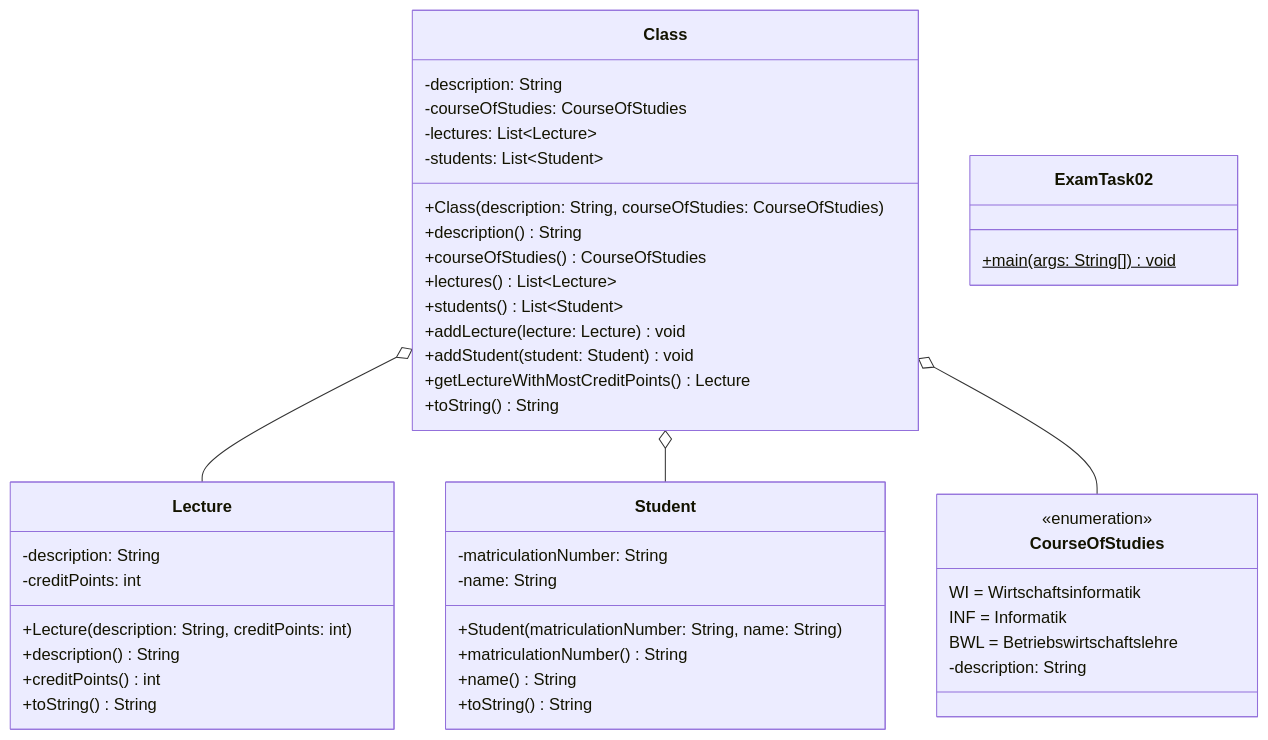
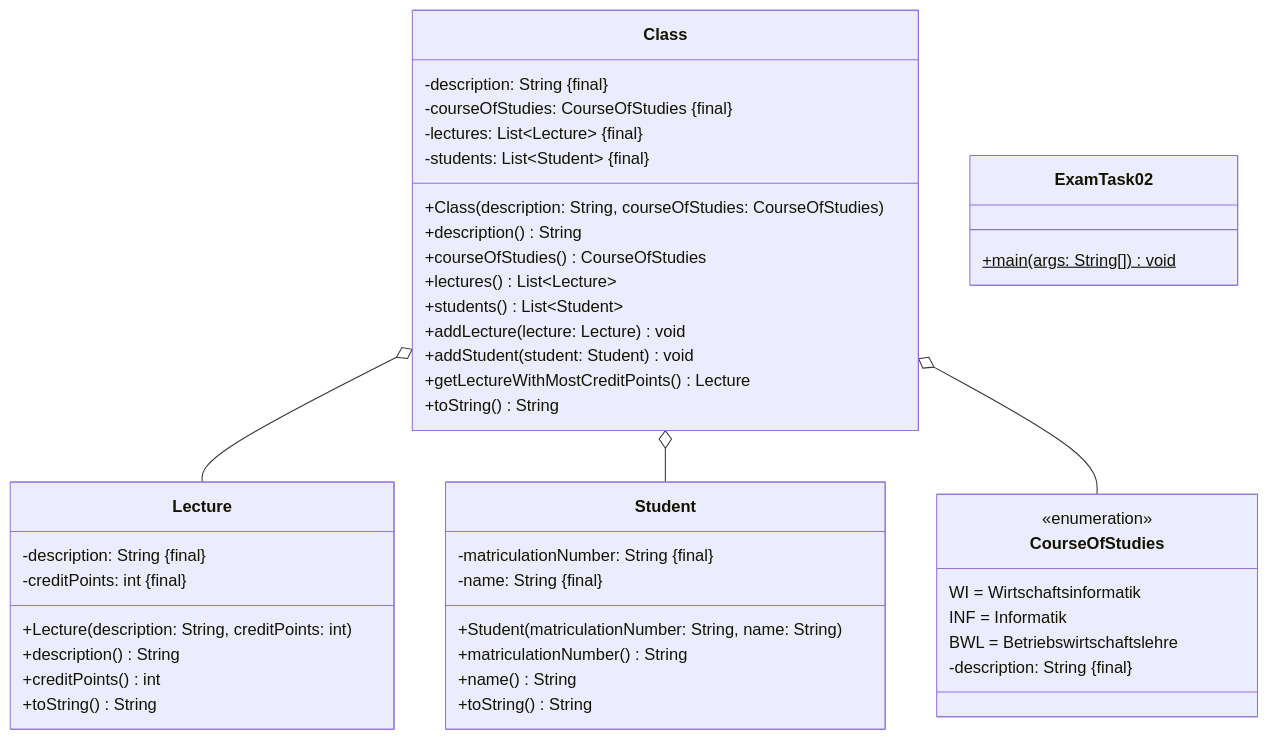
Before and after one commit to jappuccini/java-docs: the first of 3 diagrams in docs/additional-material/daniel-java1/sample-exam.md, drawn with Mermaid. The commit also changed other lines of this file and 1 other file, not shown here.

````diff
--- a/docs/additional-material/daniel-java1/sample-exam.md
+++ b/docs/additional-material/daniel-java1/sample-exam.md
@@ -116,52 +116,52 @@
 ```mermaid
 classDiagram
     Class o-- Lecture
     Class o-- Student
     Class o-- CourseOfStudies
 
     class Class {
-        -description: String
-        -courseOfStudies: CourseOfStudies
-        -lectures: List~Lecture~
-        -students: List~Student~
+        -description: String &#123final&#125
+        -courseOfStudies: CourseOfStudies &#123final&#125
+        -lectures: List~Lecture~ &#123final&#125
+        -students: List~Student~ &#123final&#125
         +Class(description: String, courseOfStudies: CourseOfStudies)
         +description() String
         +courseOfStudies() CourseOfStudies
         +lectures() List~Lecture~
         +students() List~Student~
         +addLecture(lecture: Lecture) void
         +addStudent(student: Student) void
         +getLectureWithMostCreditPoints() Lecture
         +toString() String
     }
 
     class Student {
-        -matriculationNumber: String
-        -name: String
+        -matriculationNumber: String &#123final&#125
+        -name: String &#123final&#125
         +Student(matriculationNumber: String, name: String)
         +matriculationNumber() String
         +name() String
         +toString() String
     }
 
     class Lecture {
-        -description: String
-        -creditPoints: int
+        -description: String &#123final&#125
+        -creditPoints: int &#123final&#125
         +Lecture(description: String, creditPoints: int)
         +description() String
         +creditPoints() int
         +toString() String
     }
 
     class CourseOfStudies {
         <<enumeration>>
         WI = Wirtschaftsinformatik
         INF = Informatik
         BWL = Betriebswirtschaftslehre
-        -description: String
+        -description: String &#123final&#125
     }
 
     class ExamTask02 {
         +main(args: String[])$ void
     }
 ```
````
